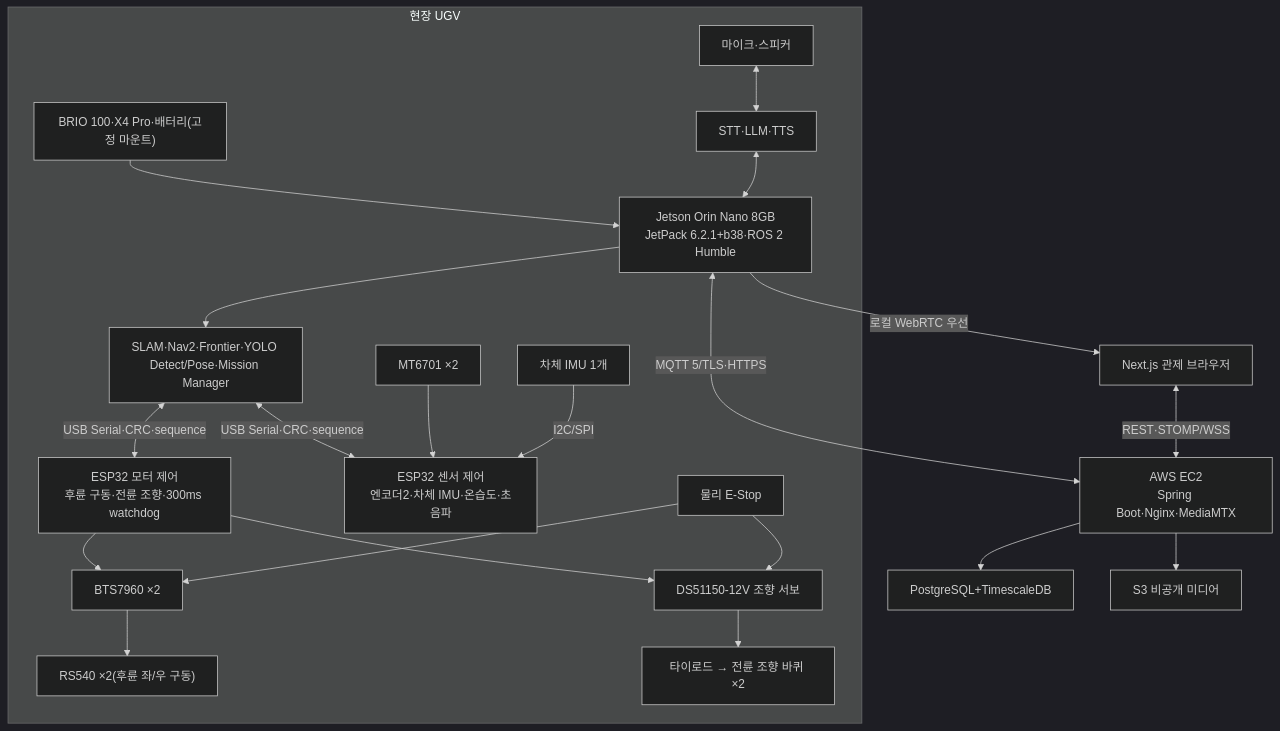
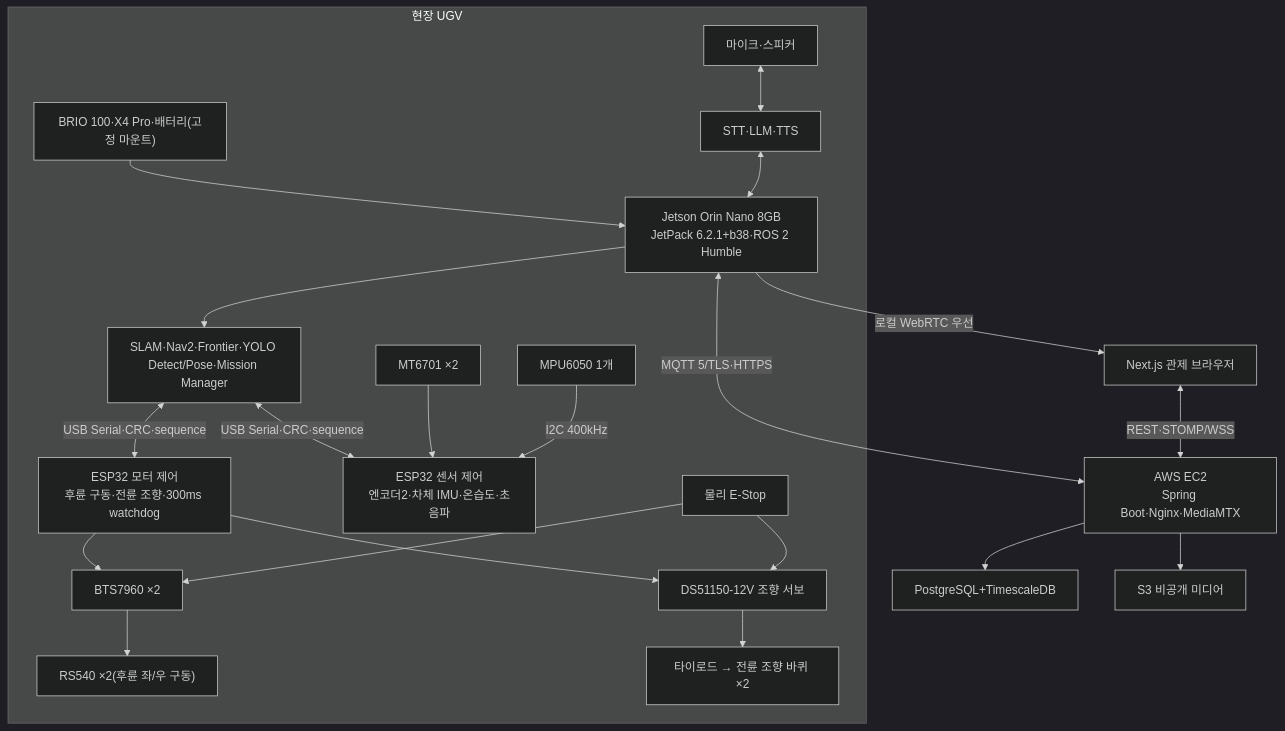
One commit to Common-AIOT/Sentinel-UGV changed the diagram in docs/01-프로젝트-개요.md. Above: the diagram before and after it, drawn with Mermaid (dark theme). The commit also changed other lines of this file and 36 other files, not shown here.

````diff
--- a/docs/01-프로젝트-개요.md
+++ b/docs/01-프로젝트-개요.md
@@ -176,24 +176,24 @@
 ```mermaid
 flowchart TB
     subgraph field["현장 UGV"]
         sensors["BRIO 100·X4 Pro·배터리(고정 마운트)"] --> jetson["Jetson Orin Nano 8GB\nJetPack 6.2.1+b38·ROS 2 Humble"]
         jetson --> autonomy["SLAM·Nav2·Frontier·YOLO Detect/Pose·Mission Manager"]
         audio["마이크·스피커"] <--> voice["STT·LLM·TTS"]
         voice <--> jetson
         autonomy <-->|"USB Serial·CRC·sequence"| esp32m["ESP32 모터 제어\n후륜 구동·전륜 조향·300ms watchdog"]
         autonomy <-->|"USB Serial·CRC·sequence"| esp32s["ESP32 센서 제어\n엔코더2·차체 IMU·온습도·초음파"]
         esp32m --> driver["BTS7960 ×2"]
         esp32m --> servo["DS51150-12V 조향 서보"]
         driver --> motors["RS540 ×2(후륜 좌/우 구동)"]
         servo --> front["타이로드 → 전륜 조향 바퀴 ×2"]
         estop["물리 E-Stop"] --> driver
         estop --> servo
         enc["MT6701 ×2"] --> esp32s
-        imu["차체 IMU 1개"] -->|"I2C/SPI"| esp32s
+        imu["MPU6050 1개"] -->|"I2C 400kHz"| esp32s
     end
     jetson <-->|"MQTT 5/TLS·HTTPS"| cloud["AWS EC2\nSpring Boot·Nginx·MediaMTX"]
     cloud --> db["PostgreSQL+TimescaleDB"]
     cloud --> s3["S3 비공개 미디어"]
     browser["Next.js 관제 브라우저"] <-->|"REST·STOMP/WSS"| cloud
     jetson -->|"로컬 WebRTC 우선"| browser
 ```
````
